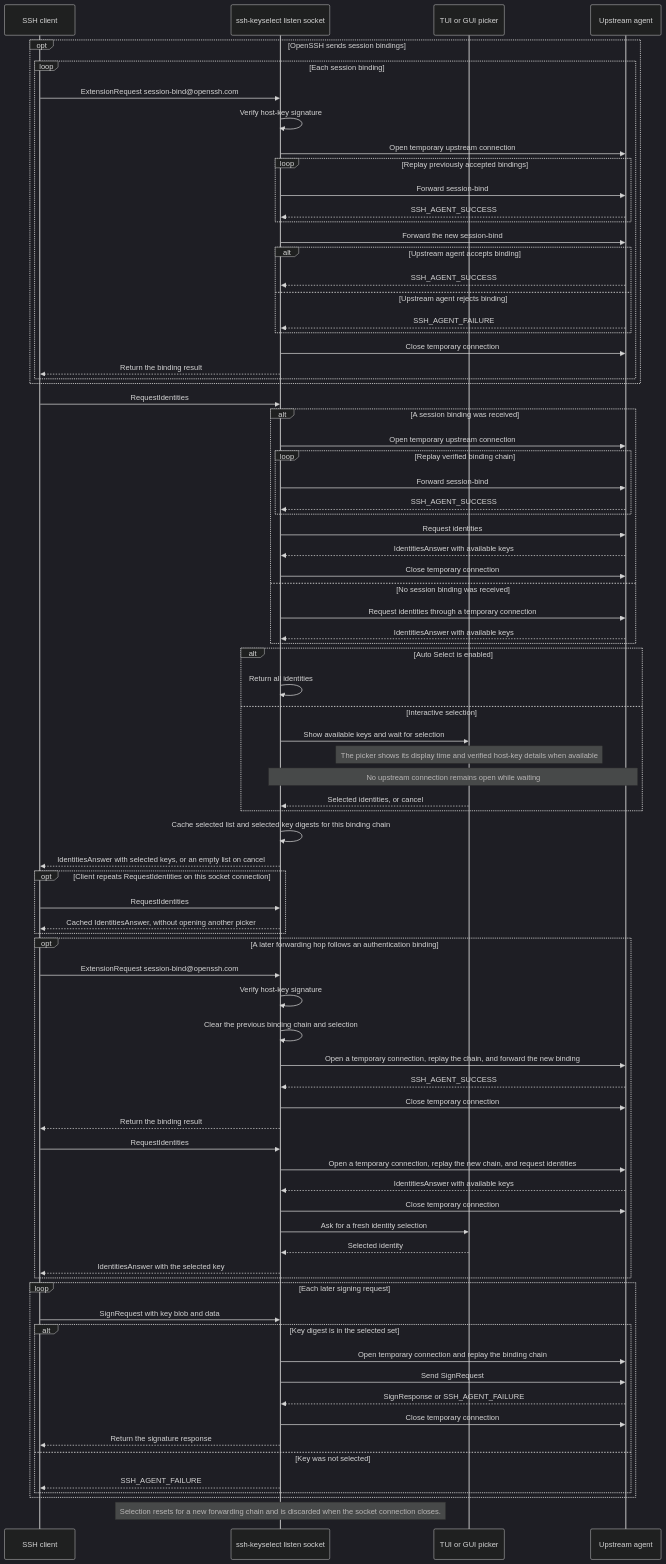
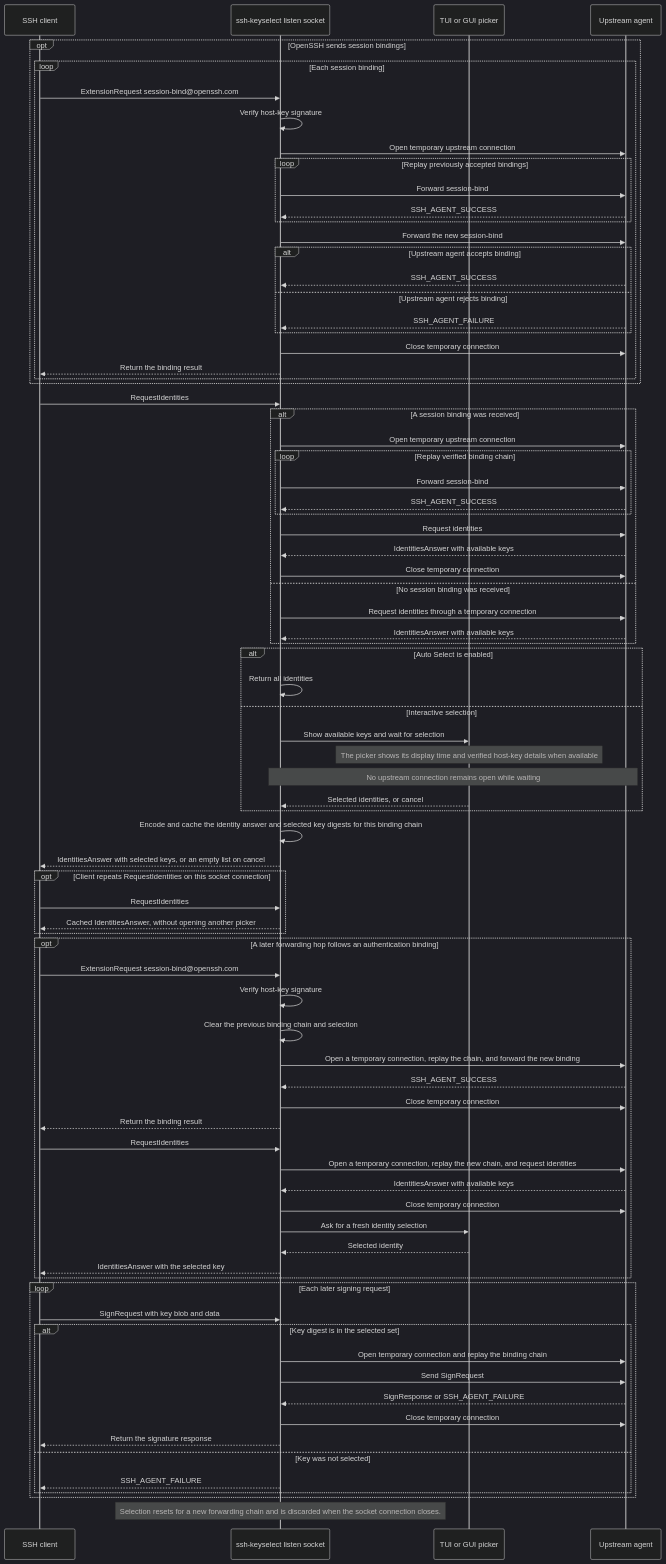
One commit to jfut/ssh-keyselect changed the diagram in docs/dev.md. Above: the diagram before and after it, drawn with Mermaid (dark theme). The commit also changed other lines of this file and 56 other files, not shown here.

```diff
--- a/docs/dev.md
+++ b/docs/dev.md
@@ -66,7 +66,7 @@
         Note over Proxy,Agent: No upstream connection remains open while waiting
         Picker-->>Proxy: Selected identities, or cancel
     end
-    Proxy->>Proxy: Cache selected list and selected key digests for this binding chain
+    Proxy->>Proxy: Encode and cache the identity answer and selected key digests for this binding chain
     Proxy-->>SSH: IdentitiesAnswer with selected keys, or an empty list on cancel
 
     opt Client repeats RequestIdentities on this socket connection
```
